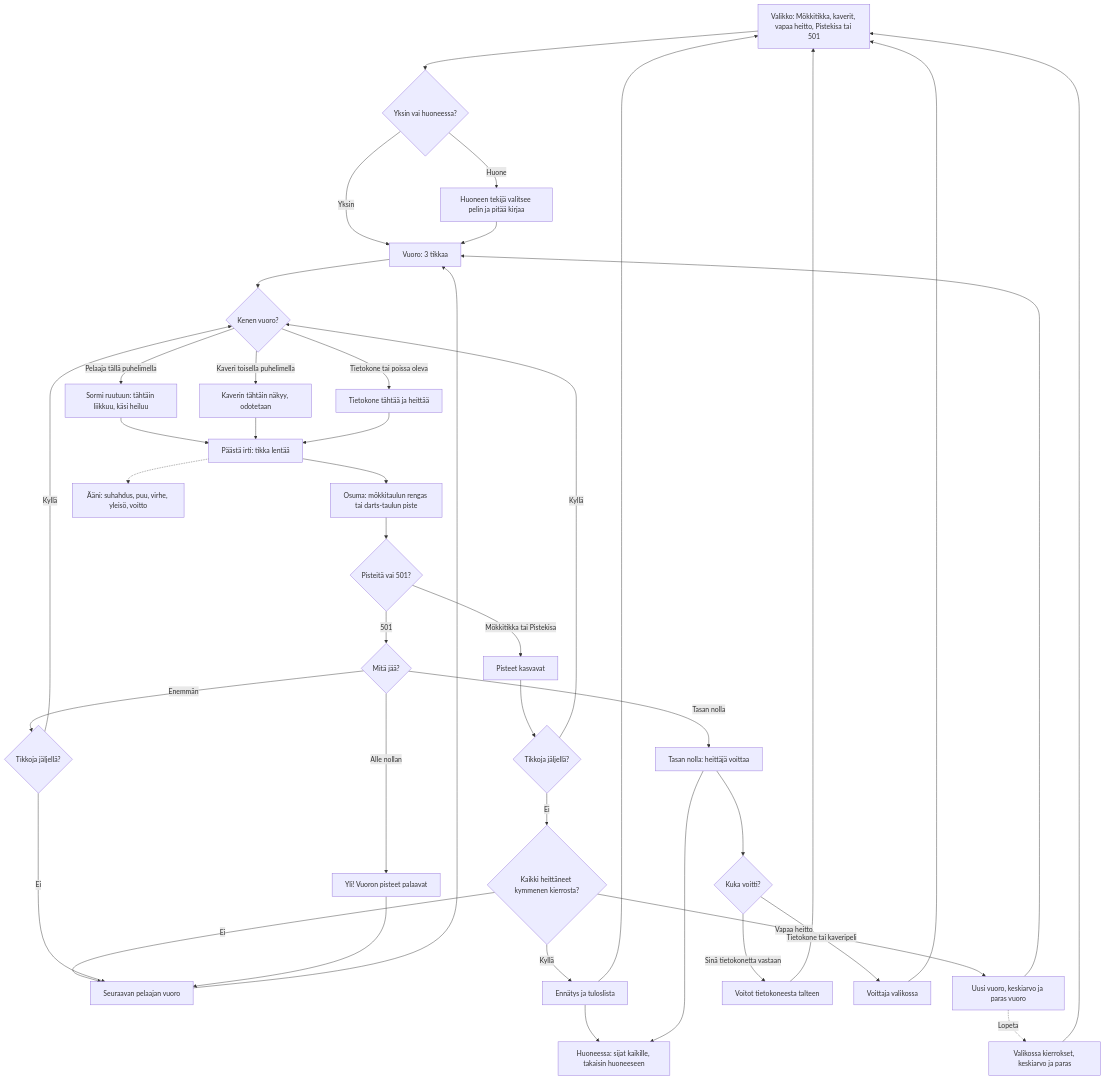
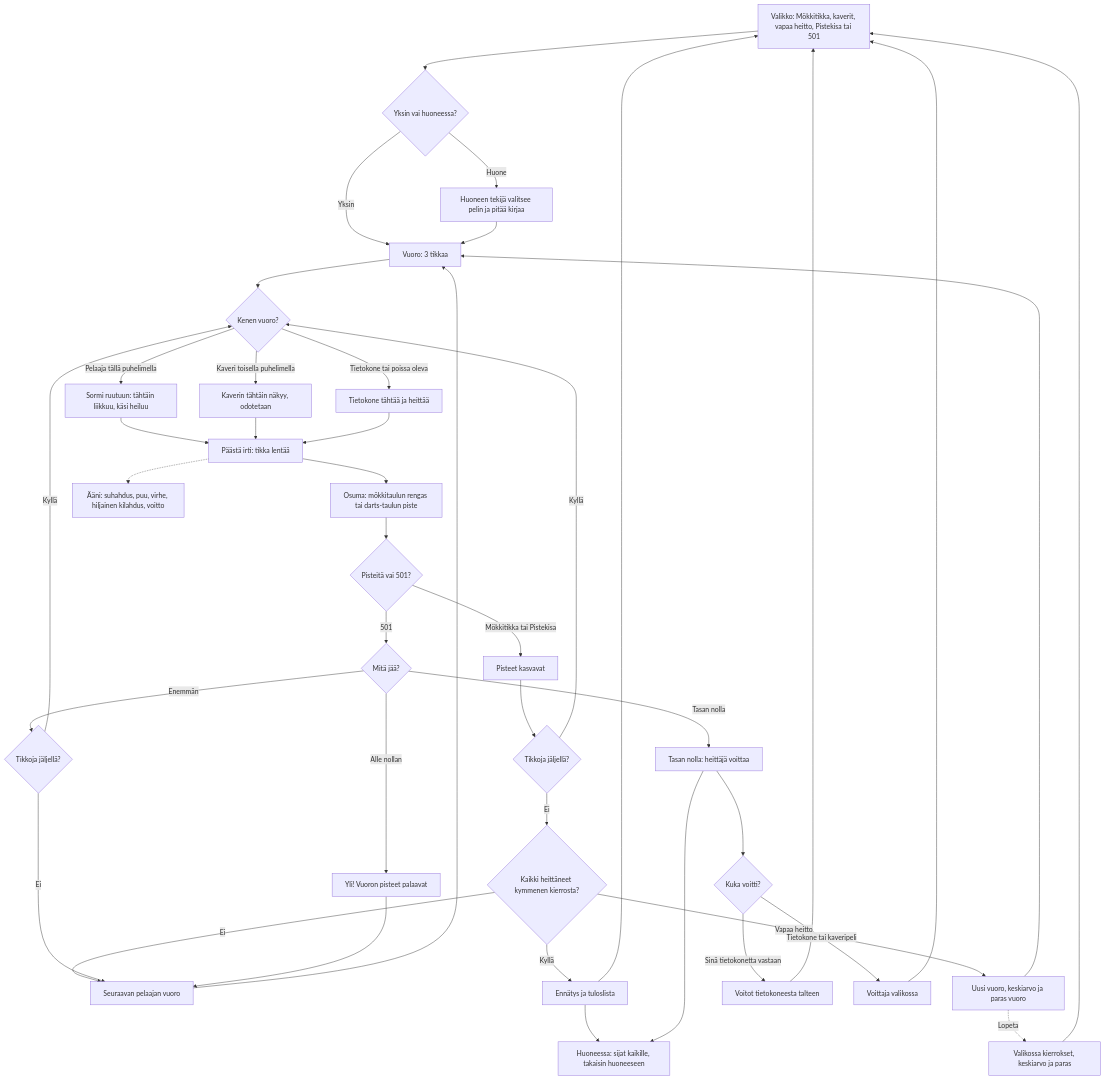
The diagram in docs/diagrams/tikanheitto.md (eerovil/ai-pelit), drawn with Mermaid before and after one commit. The commit also changed other lines of this file and 254 other files, not shown here.

````diff
--- a/docs/diagrams/tikanheitto.md
+++ b/docs/diagrams/tikanheitto.md
@@ -13,50 +15,50 @@
 ```mermaid
 flowchart TD
   A[Valikko: Mökkitikka, kaverit, vapaa heitto, Pistekisa tai 501] --> R{Yksin vai huoneessa?}
   R -- Yksin --> B[Vuoro: 3 tikkaa]
   R -- Huone --> RH[Huoneen tekijä valitsee pelin ja pitää kirjaa]
   RH --> B
   B --> C{Kenen vuoro?}
   C -- Pelaaja tällä puhelimella --> D[Sormi ruutuun: tähtäin liikkuu, käsi heiluu]
   C -- Kaveri toisella puhelimella --> S[Kaverin tähtäin näkyy, odotetaan]
   C -- Tietokone tai poissa oleva --> E[Tietokone tähtää ja heittää]
   D --> F[Päästä irti: tikka lentää]
   S --> F
   E --> F
   F --> G[Osuma: mökkitaulun rengas tai darts-taulun piste]
-  F -.-> AU[Ääni: suhahdus, puu, virhe, yleisö, voitto]
+  F -.-> AU[Ääni: suhahdus, puu, virhe, hiljainen kilahdus, voitto]
   G --> H{Pisteitä vai 501?}
   H -- Mökkitikka tai Pistekisa --> I[Pisteet kasvavat]
   I --> M{Tikkoja jäljellä?}
   M -- Kyllä --> C
   M -- Ei --> N{Kaikki heittäneet kymmenen kierrosta?}
   N -- Ei --> V[Seuraavan pelaajan vuoro]
   N -- Kyllä --> O[Ennätys ja tuloslista]
   N -- Vapaa heitto --> FV[Uusi vuoro, keskiarvo ja paras vuoro]
   FV --> B
   FV -. Lopeta .-> FL[Valikossa kierrokset, keskiarvo ja paras]
   FL --> A
   H -- 501 --> J{Mitä jää?}
   J -- Alle nollan --> K[Yli! Vuoron pisteet palaavat]
   J -- Enemmän --> Q{Tikkoja jäljellä?}
   Q -- Kyllä --> C
   Q -- Ei --> V
   K --> V
   V --> B
   J -- Tasan nolla --> L[Tasan nolla: heittäjä voittaa]
   L --> W{Kuka voitti?}
   W -- Sinä tietokonetta vastaan --> P[Voitot tietokoneesta talteen]
   W -- Tietokone tai kaveripeli --> X[Voittaja valikossa]
   O --> A
   P --> A
   X --> A
   O --> T[Huoneessa: sijat kaikille, takaisin huoneeseen]
   L --> T
   class A,B,D,F,V blue
   class E,S violet
   class R,C,H,J,M,N,Q,W amber
   class G,I,RH,FV teal
   class K rose
   class L,O,P,X,T,FL green
   class AU teal
 ```
````
